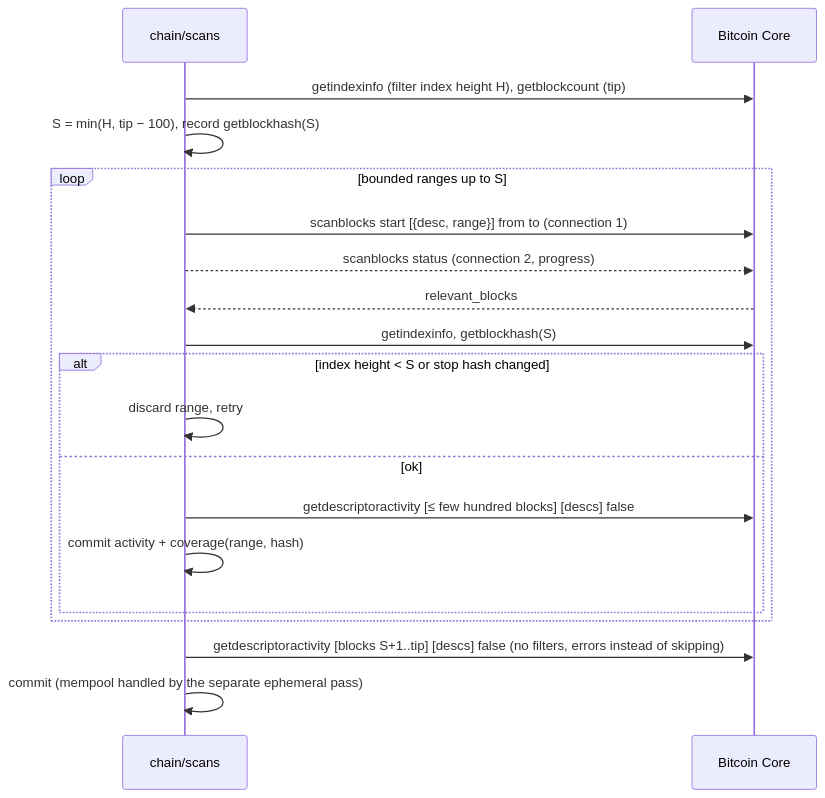
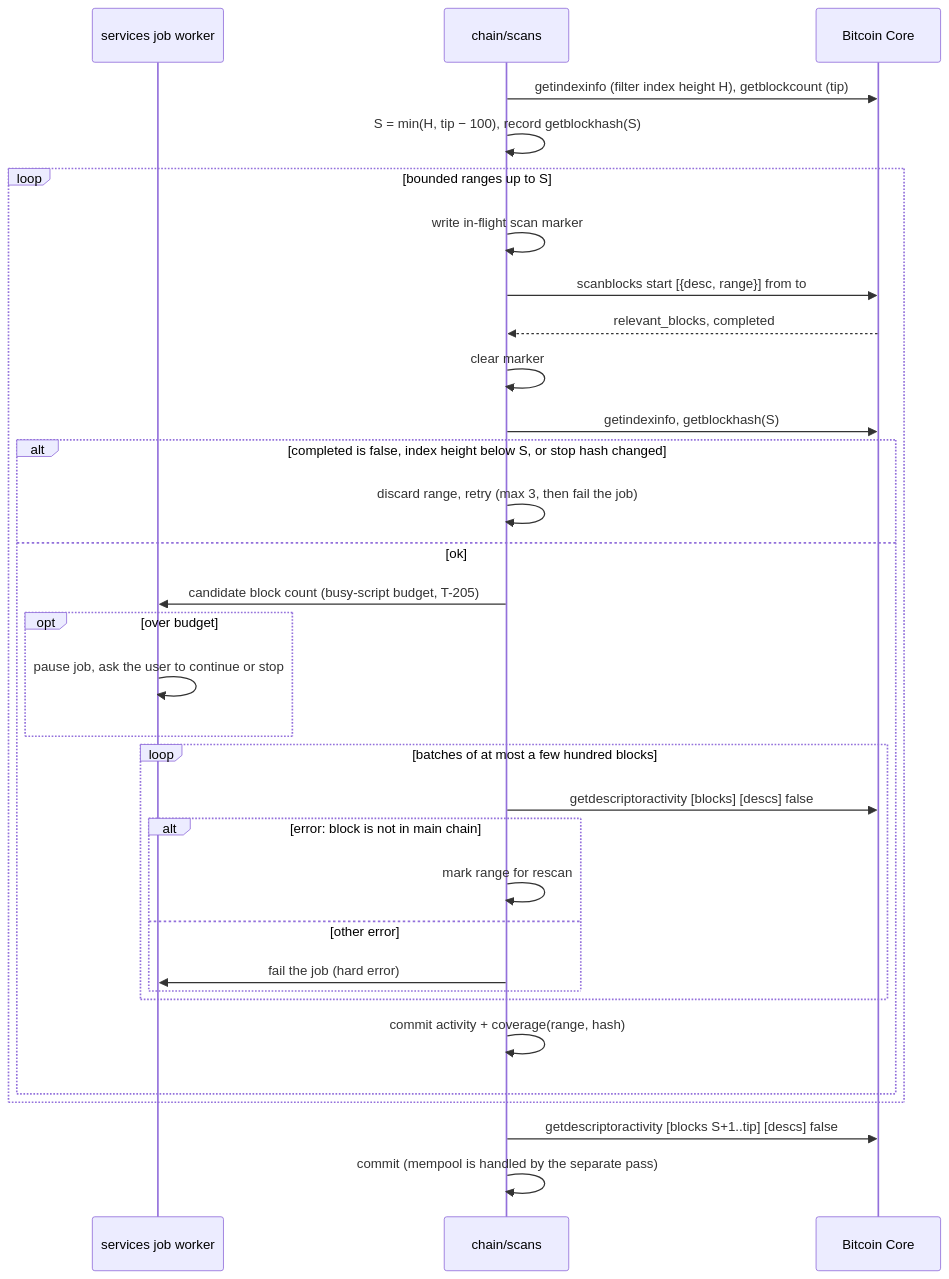
Before and after one commit to kristovatlas/coin-accounting: the sixth of 9 diagrams in docs/architecture.md, drawn with Mermaid. The commit also changed other lines of this file and 3 other files, not shown here.

First line of the commit message:
Architecture v0.2 and aligned docs: address Opus 5.5 and Codex review of PR #5

````diff
--- a/docs/architecture.md
+++ b/docs/architecture.md
@@ -194,21 +289,34 @@
 ```mermaid
 sequenceDiagram
+  participant J as services job worker
   participant C as chain/scans
   participant N as Bitcoin Core
   C->>N: getindexinfo (filter index height H), getblockcount (tip)
   C->>C: S = min(H, tip − 100), record getblockhash(S)
   loop bounded ranges up to S
-    C->>N: scanblocks start [{desc, range}] from to (connection 1)
-    C-->>N: scanblocks status (connection 2, progress)
-    N-->>C: relevant_blocks
+    C->>C: write in-flight scan marker
+    C->>N: scanblocks start [{desc, range}] from to
+    N-->>C: relevant_blocks, completed
+    C->>C: clear marker
     C->>N: getindexinfo, getblockhash(S)
-    alt index height < S or stop hash changed
-      C->>C: discard range, retry
+    alt completed is false, index height below S, or stop hash changed
+      C->>C: discard range, retry (max 3, then fail the job)
     else ok
-      C->>N: getdescriptoractivity [≤ few hundred blocks] [descs] false
+      C->>J: candidate block count (busy-script budget, T-205)
+      opt over budget
+        J->>J: pause job, ask the user to continue or stop
+      end
+      loop batches of at most a few hundred blocks
+        C->>N: getdescriptoractivity [blocks] [descs] false
+        alt error: block is not in main chain
+          C->>C: mark range for rescan
+        else other error
+          C->>J: fail the job (hard error)
+        end
+      end
       C->>C: commit activity + coverage(range, hash)
     end
   end
-  C->>N: getdescriptoractivity [blocks S+1..tip] [descs] false (no filters, errors instead of skipping)
-  C->>C: commit (mempool handled by the separate ephemeral pass)
+  C->>N: getdescriptoractivity [blocks S+1..tip] [descs] false
+  C->>C: commit (mempool is handled by the separate pass)
 ```
````
